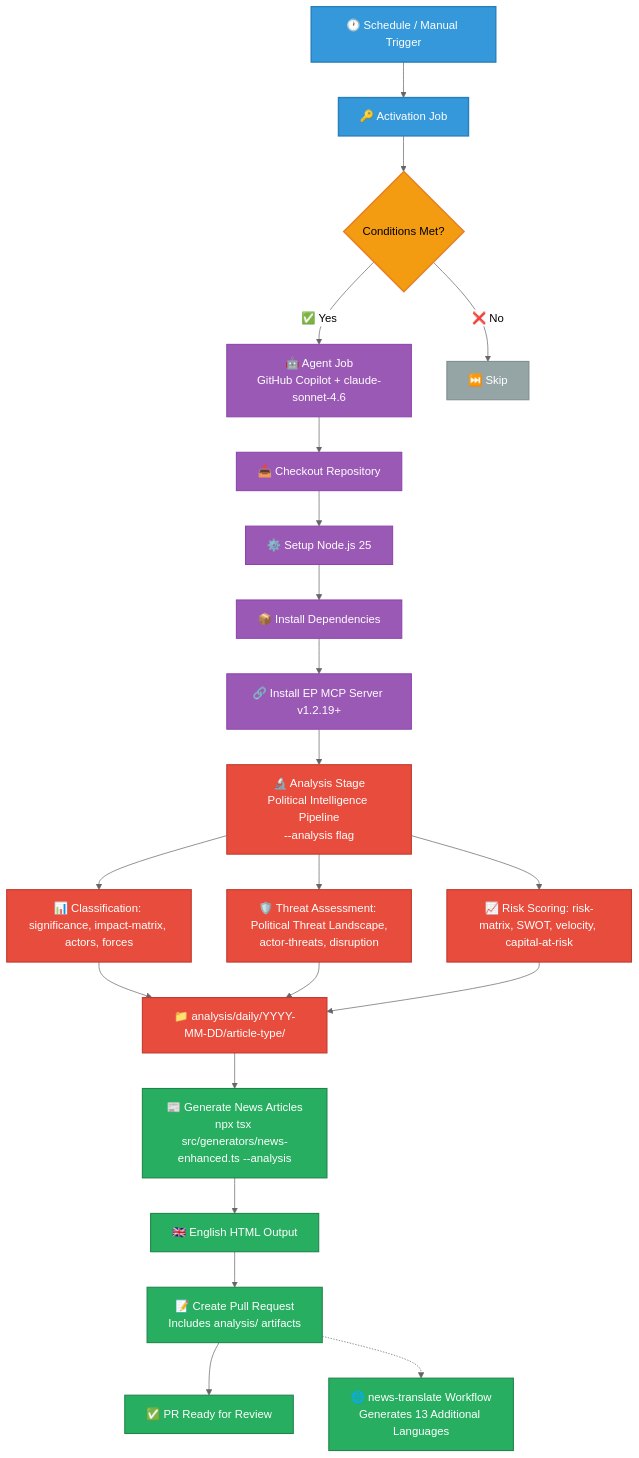
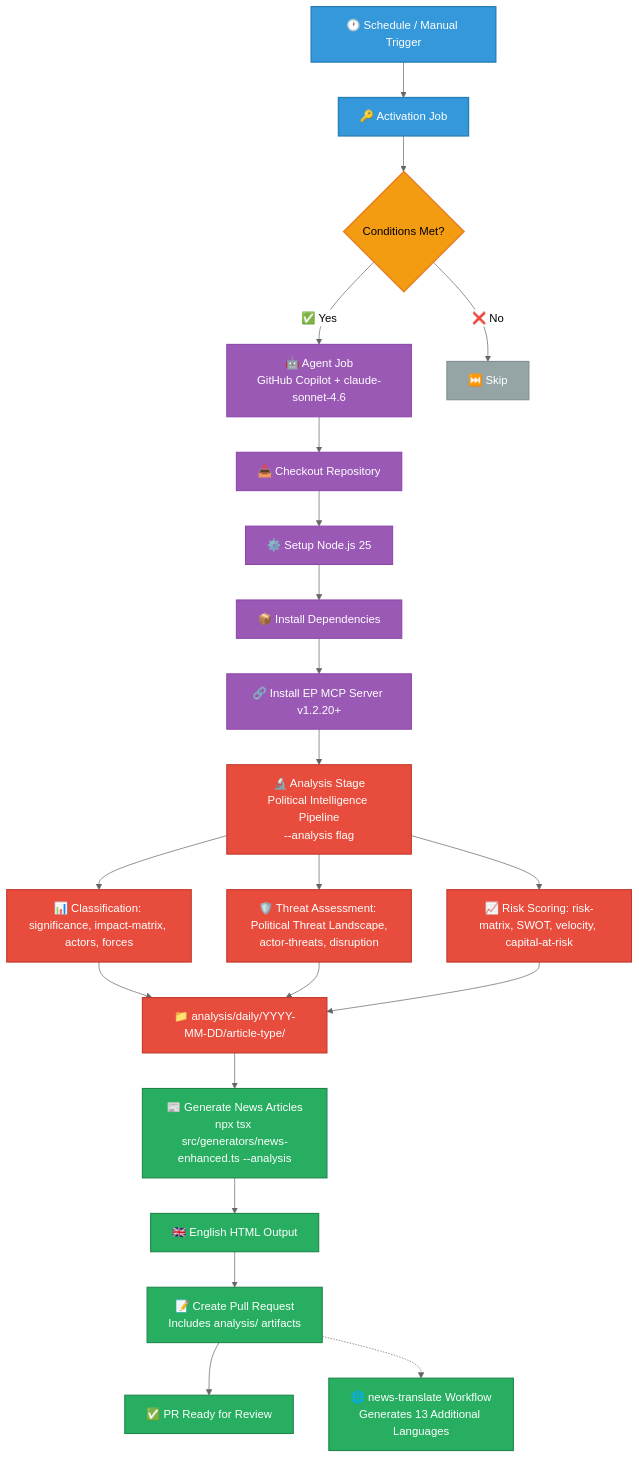
Before and after one commit to Hack23/euparliamentmonitor: the third of 22 diagrams in WORKFLOWS.md, drawn with Mermaid (neutral theme). The commit also changed other lines of this file and 79 other files, not shown here.

First line of the commit message:
chore: update all european-parliament-mcp-server version references from 1.2.19 to 1.2.20

````diff
--- a/WORKFLOWS.md
+++ b/WORKFLOWS.md
@@ -250,37 +250,37 @@
 ```mermaid
 graph TD
     A[🕐 Schedule / Manual Trigger] --> B[🔑 Activation Job]
     B --> C{Conditions Met?}
     C -->|✅ Yes| D[🤖 Agent Job<br/>GitHub Copilot + claude-sonnet-4.6]
     C -->|❌ No| E[⏭️ Skip]
     D --> F[📥 Checkout Repository]
     F --> G[⚙️ Setup Node.js 25]
     G --> H[📦 Install Dependencies]
-    H --> I[🔗 Install EP MCP Server v1.2.19+]
+    H --> I[🔗 Install EP MCP Server v1.2.20+]
     I --> J1[🔬 Analysis Stage<br/>Political Intelligence Pipeline<br/>--analysis flag]
     J1 --> J1a[📊 Classification: significance, impact-matrix, actors, forces]
     J1 --> J1b[🛡️ Threat Assessment: Political Threat Landscape,<br/>actor-threats, disruption]
     J1 --> J1c[📈 Risk Scoring: risk-matrix, SWOT, velocity, capital-at-risk]
     J1a --> J1d["📁 analysis/daily/YYYY-MM-DD/article-type/"]
     J1b --> J1d
     J1c --> J1d
     J1d --> J[📰 Generate News Articles<br/>npx tsx src/generators/news-enhanced.ts --analysis]
     J --> K[🇬🇧 English HTML Output]
     K --> L[📝 Create Pull Request<br/>Includes analysis/ artifacts]
     L --> M[✅ PR Ready for Review]
     L -.-> N[🌐 news-translate Workflow<br/>Generates 13 Additional Languages]
 
     classDef trigger fill:#3498db,stroke:#2980b9,stroke-width:2px,color:white
     classDef process fill:#9b59b6,stroke:#8e44ad,stroke-width:1.5px,color:white
     classDef decision fill:#f39c12,stroke:#e67e22,stroke-width:2px,color:black
     classDef skip fill:#95a5a6,stroke:#7f8c8d,stroke-width:1.5px,color:white
     classDef analysis fill:#e74c3c,stroke:#c0392b,stroke-width:1.5px,color:white
     classDef output fill:#27ae60,stroke:#1e8449,stroke-width:1.5px,color:white
 
     class A,B trigger
     class D,F,G,H,I process
     class C decision
     class E skip
     class J1,J1a,J1b,J1c,J1d analysis
     class J,K,L,M,N output
 ```
````
